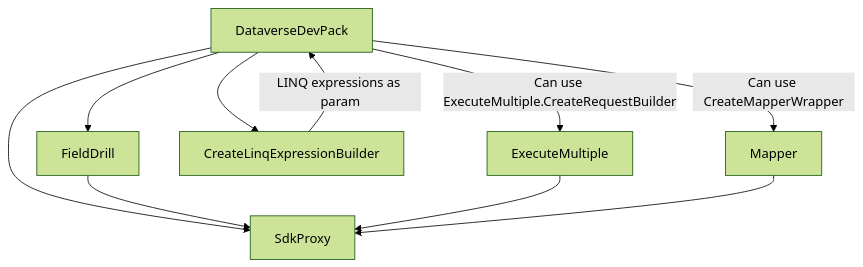
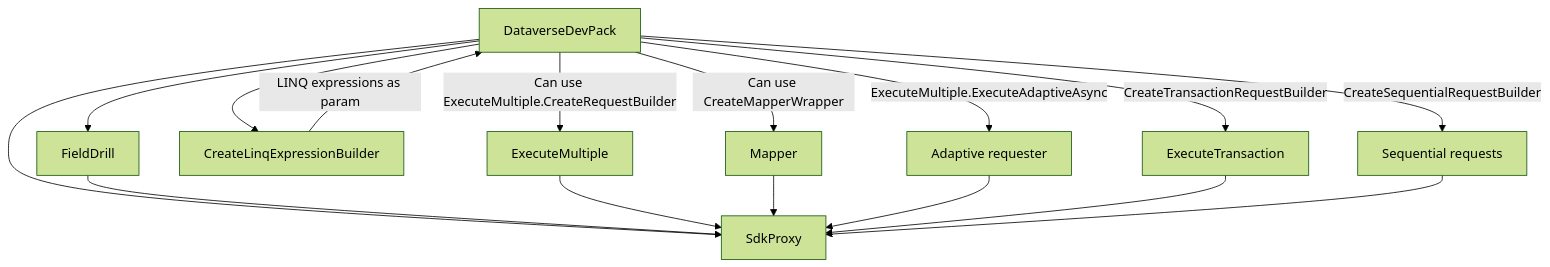
The diagram in README.md (C485/DevPack4Dataverse), drawn with Mermaid (forest theme) before and after one commit. The commit also changed other lines of this file, not shown here.

````diff
--- a/README.md
+++ b/README.md
@@ -13,18 +18,27 @@
 ```mermaid
 graph TB
 A[DataverseDevPack]
 B[ExecuteMultiple]
 C[FieldDrill]
 D[SdkProxy]
 E[CreateLinqExpressionBuilder]
 F[Mapper]
+G[Adaptive requester]
+H[ExecuteTransaction]
+I[Sequential requests]
 A --> |Can use ExecuteMultiple.CreateRequestBuilder|B
 A --> C
 A --> D
 A --> E
 A --> |Can use CreateMapperWrapper|F
+A --> |ExecuteMultiple.ExecuteAdaptiveAsync|G
+A --> |CreateTransactionRequestBuilder|H
+A --> |CreateSequentialRequestBuilder|I
 E --> |LINQ expressions as param|A
 C --> D
 B --> D
 F --> D
+G --> D
+H --> D
+I --> D
 ```
````
